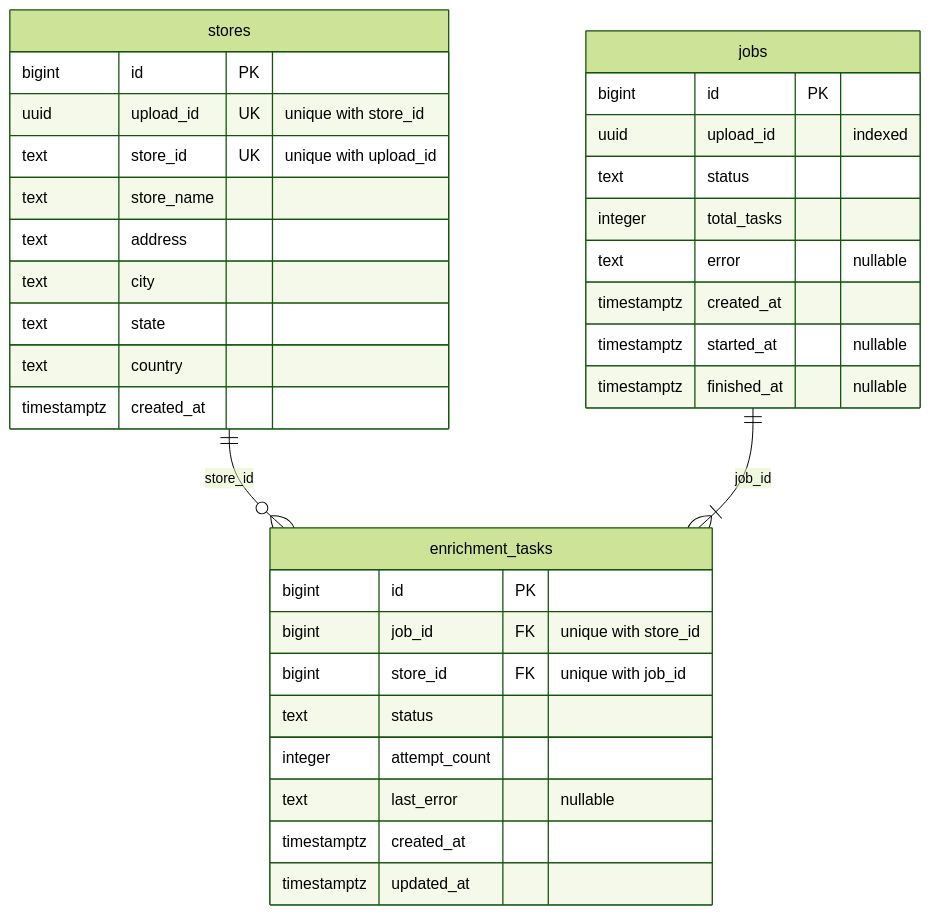
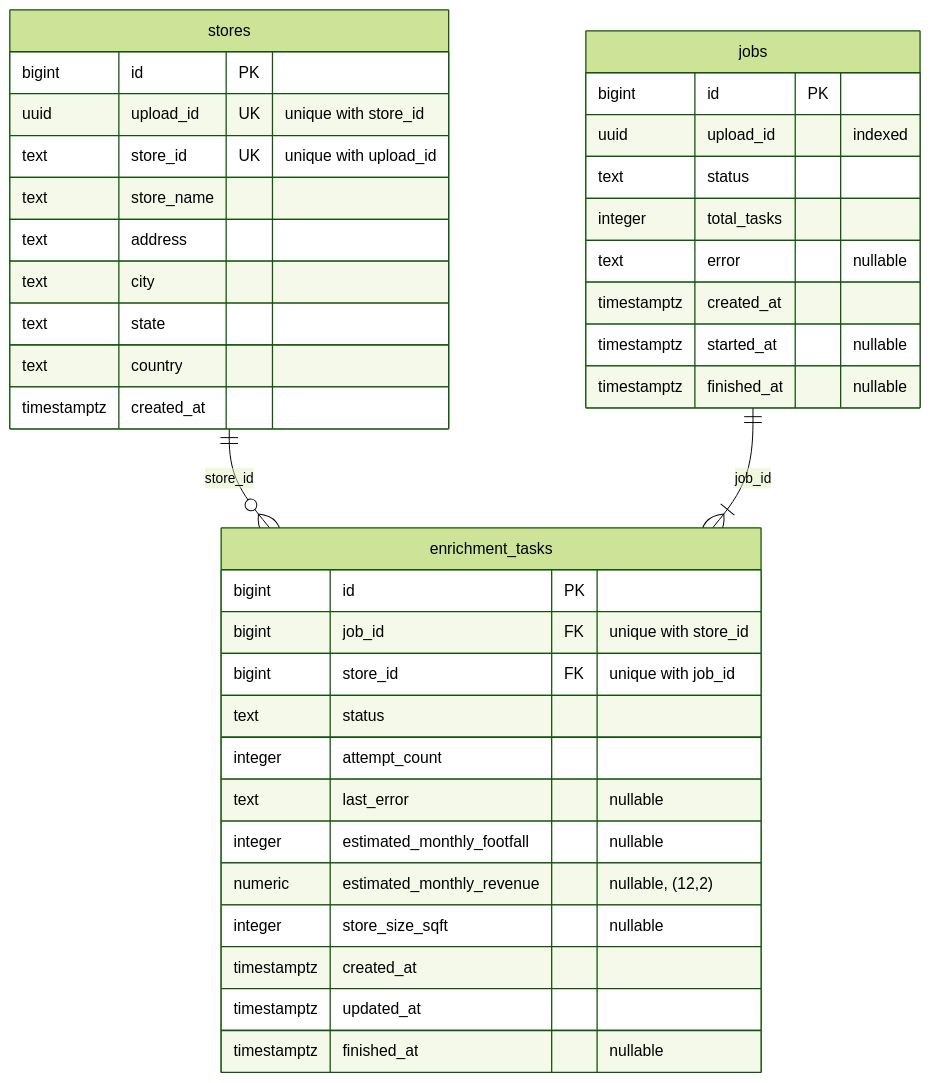
Before and after one commit to Sayan3sarkar/sigmoid-tierforge: the diagram in documentation/datastores.md, drawn with Mermaid (forest theme). The commit also changed other lines of this file and 32 other files, not shown here.

````diff
--- a/documentation/datastores.md
+++ b/documentation/datastores.md
@@ -5,39 +5,43 @@
 ```mermaid
 erDiagram
     stores ||--o{ enrichment_tasks : "store_id"
     jobs ||--|{ enrichment_tasks : "job_id"
 
     stores {
         bigint id PK
         uuid upload_id UK "unique with store_id"
         text store_id UK "unique with upload_id"
         text store_name
         text address
         text city
         text state
         text country
         timestamptz created_at
     }
 
     jobs {
         bigint id PK
         uuid upload_id "indexed"
         text status
         integer total_tasks
         text error "nullable"
         timestamptz created_at
         timestamptz started_at "nullable"
         timestamptz finished_at "nullable"
     }
 
     enrichment_tasks {
         bigint id PK
         bigint job_id FK "unique with store_id"
         bigint store_id FK "unique with job_id"
         text status
         integer attempt_count
         text last_error "nullable"
+        integer estimated_monthly_footfall "nullable"
+        numeric estimated_monthly_revenue "nullable, (12,2)"
+        integer store_size_sqft "nullable"
         timestamptz created_at
         timestamptz updated_at
+        timestamptz finished_at "nullable"
     }
 ```
````
